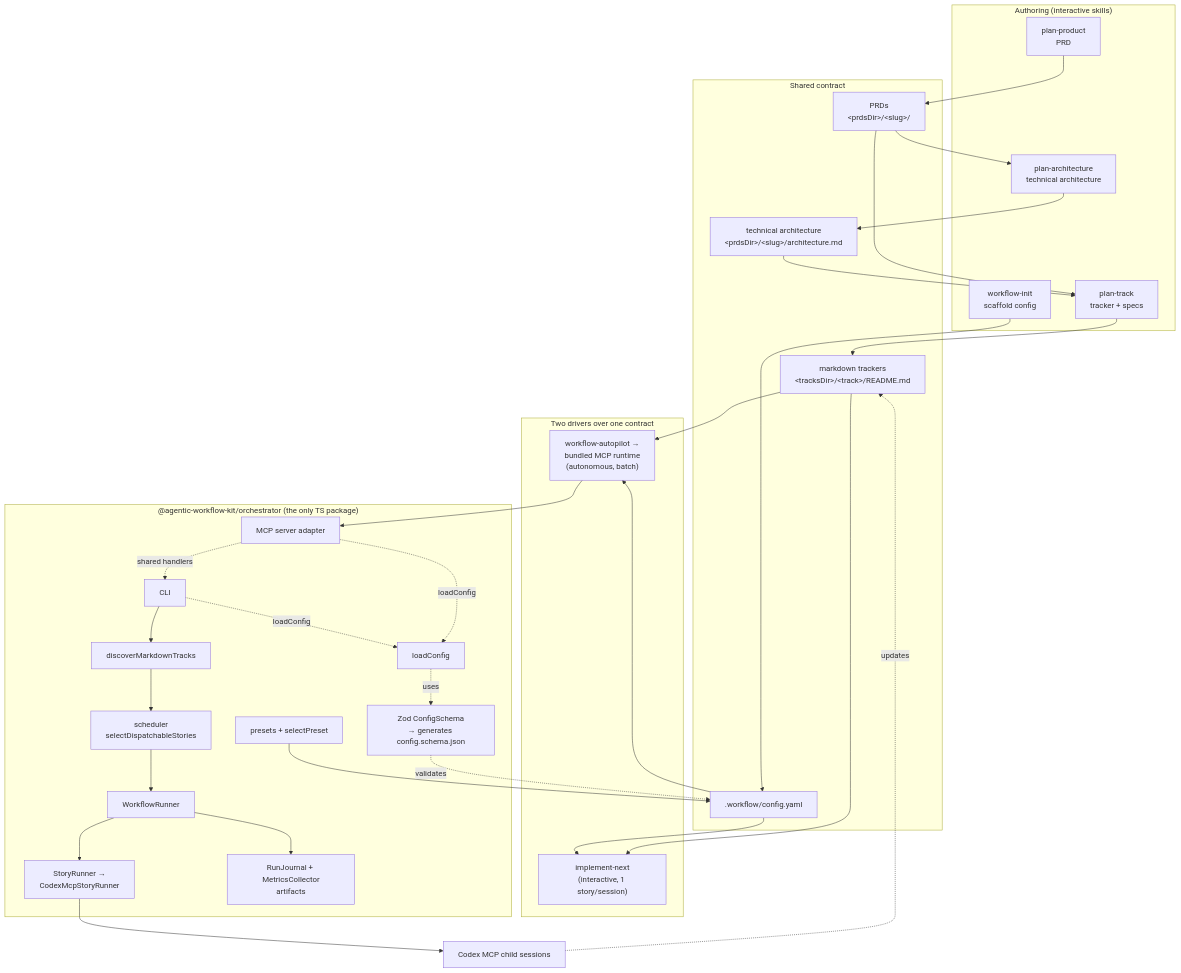
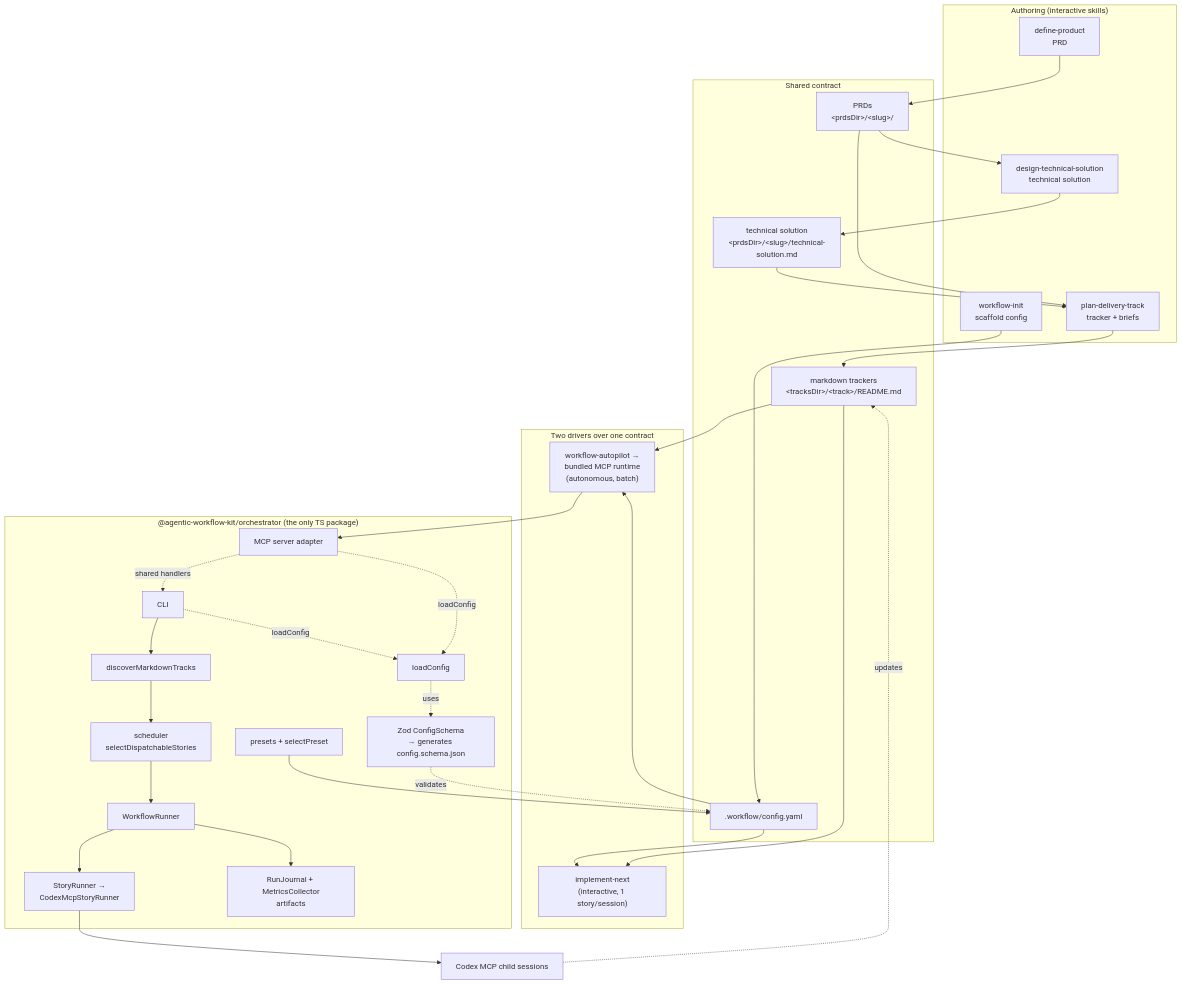
Before and after one commit to aryeko/agentic-workflow-kit: the first of 4 diagrams in docs/architecture.md, drawn with Mermaid. The commit also changed other lines of this file and 96 other files, not shown here.

````diff
--- a/docs/architecture.md
+++ b/docs/architecture.md
@@ -35,57 +35,57 @@
 ```mermaid
 flowchart TB
   subgraph Authors["Authoring (interactive skills)"]
-    PP["plan-product<br/>PRD"]
-    PA["plan-architecture<br/>technical architecture"]
-    PT["plan-track<br/>tracker + specs"]
+    PP["define-product<br/>PRD"]
+    PA["design-technical-solution<br/>technical solution"]
+    PT["plan-delivery-track<br/>tracker + briefs"]
     WI["workflow-init<br/>scaffold config"]
   end
 
   subgraph Contract["Shared contract"]
     CFG[".workflow/config.yaml"]
     TRK["markdown trackers<br/>&lt;tracksDir&gt;/&lt;track&gt;/README.md"]
     PRD["PRDs<br/>&lt;prdsDir&gt;/&lt;slug&gt;/"]
-    ARCH["technical architecture<br/>&lt;prdsDir&gt;/&lt;slug&gt;/architecture.md"]
+    ARCH["technical solution<br/>&lt;prdsDir&gt;/&lt;slug&gt;/technical-solution.md"]
   end
 
   subgraph Drivers["Two drivers over one contract"]
     IN["implement-next<br/>(interactive, 1 story/session)"]
     AP["workflow-autopilot →<br/>bundled MCP runtime<br/>(autonomous, batch)"]
   end
 
   subgraph Orch["@agentic-workflow-kit/orchestrator (the only TS package)"]
     CLI["CLI"]
     MCP["MCP server adapter"]
     LOADER["loadConfig"]
     SCHEMA["Zod ConfigSchema<br/>→ generates config.schema.json"]
     PRESET["presets + selectPreset"]
     DISC["discoverMarkdownTracks"]
     SCHED["scheduler<br/>selectDispatchableStories"]
     RUN["WorkflowRunner"]
     DRV["StoryRunner →<br/>CodexMcpStoryRunner"]
     ART["RunJournal + MetricsCollector<br/>artifacts"]
   end
 
   CODEX["Codex MCP child sessions"]
 
   PP --> PRD
   PRD --> PA --> ARCH --> PT --> TRK
   PRD --> PT
   WI --> CFG
   PRESET --> CFG
   SCHEMA -. validates .-> CFG
 
   CFG --> IN
   TRK --> IN
   CFG --> AP
   TRK --> AP
 
   AP --> MCP
   MCP -. shared handlers .-> CLI
   CLI -. loadConfig .-> LOADER
   MCP -. loadConfig .-> LOADER
   LOADER -. uses .-> SCHEMA
   CLI --> DISC --> SCHED --> RUN --> DRV --> CODEX
   RUN --> ART
   CODEX -. updates .-> TRK
 ```
````
